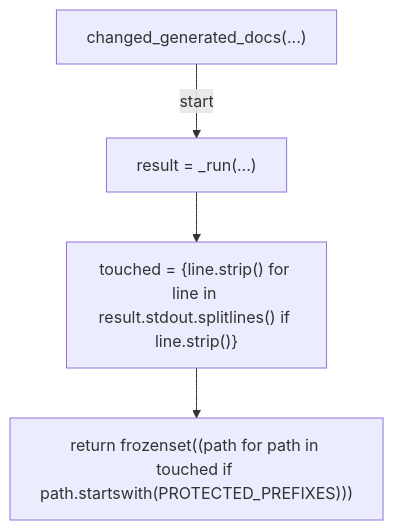
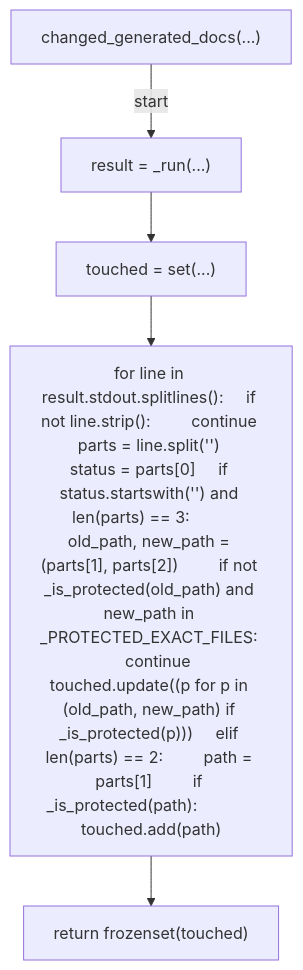
Before and after one commit to tvna/claude-md: the fourth of 9 diagrams in docs/generated/scripts/ast/gate_generated_scripts_manual_edit.md, drawn with Mermaid. The commit also changed other lines of this file and 11 other files, not shown here.

First line of the commit message:
docs(generated): regenerate decision tree and workflow diagrams

````diff
--- a/docs/generated/scripts/ast/gate_generated_scripts_manual_edit.md
+++ b/docs/generated/scripts/ast/gate_generated_scripts_manual_edit.md
@@ -55,10 +64,12 @@
 ```mermaid
 flowchart TD
     N001["changed_generated_docs(...)"]
     N002["result = _run(...)"]
-    N003["touched = {line.strip() for line in result.stdout.splitlines() if line.strip()}"]
-    N004["return frozenset((path for path in touched if path.startswith(PROTECTED_PREFIXES)))"]
+    N003["touched = set(...)"]
+    N004["for line in result.stdout.splitlines():     if not line.strip():         continue     parts = line.split('<str>')     status = parts[0]     if status.startswith('<str>') and len(parts) == 3:         old_path, new_path = (parts[1], parts[2])         if not _is_protected(old_path) and new_path in _PROTECTED_EXACT_FILES:             continue         touched.update((p for p in (old_path, new_path) if _is_protected(p)))     elif len(parts) == 2:         path = parts[1]         if _is_protected(path):             touched.add(path)"]
+    N005["return frozenset(touched)"]
     N001 -->|"start"| N002
     N002 --> N003
     N003 --> N004
+    N004 --> N005
 ```
````
